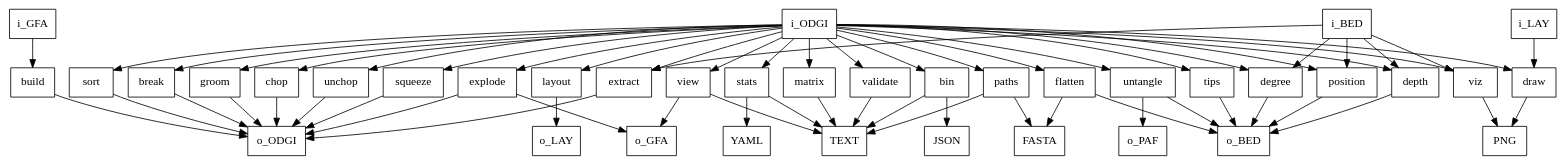
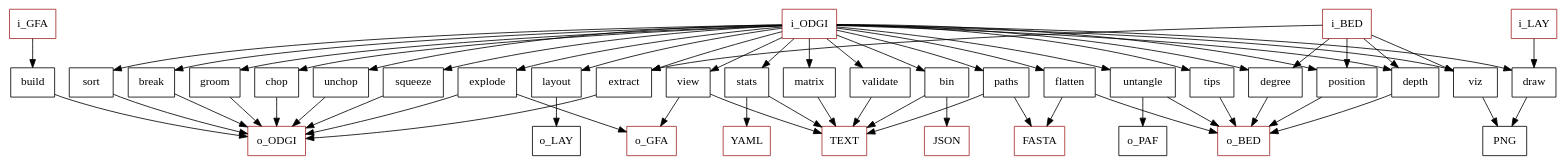
One commit to pangenome/odgi-paper changed the diagram in manuscript/fig/odgi_tools.dot. Above: the diagram before and after it, drawn with Graphviz. The commit also changed 1 other file, not shown here.

```diff
--- a/manuscript/fig/odgi_tools.dot
+++ b/manuscript/fig/odgi_tools.dot
@@ -1,75 +1,87 @@
 digraph sample {
 	node [
 		shape=box
 		color=black
 	]
 /*
 	build [color = red]
 	view [color = red]
 
 	validate [color = green]
 
 	stats [color = blue]
 	bin [color = blue]
 	depth [color = blue]
 	degree [color = blue]
   	matrix [color = blue]
     paths [color = blue]
     flatten [color = blue]
 
     break [color = brown]
 	groom [color = brown]
 	chop [color = brown]
 	unchop [color = brown]
 	explode [color = brown]
 	squeeze [color = brown]
 	extract [color = brown]
 
 	position [color = red]
     untangle [color = red]
 
 	viz [color = cyan]
 	sort [color = cyan]
 	layout [color = cyan]
 	draw [color = cyan]
 */
+	i_GFA [color = brown]
+	i_ODGI [color = brown]
+	i_BED [color = brown]
+	i_LAY [color = brown]
+	o_GFA [color = brown]
+	o_ODGI [color = brown]
+	TEXT [color = brown]
+	YAML [color = brown]
+	FASTA [color = brown]
+	JSON [color = brown]
+	o_BED [color = brown]
+
 	i_GFA -> build
 	//i_GFA -> {view, validate, stats, bin, depth, degree, flatten, break, groom, chop, unchop, explode, squeeze, extract, position, viz, sort, layout, draw, untangle, matrix, paths, tips}
 	i_ODGI -> {view, validate, stats, bin, depth, degree, flatten, break, groom, chop, unchop, explode, squeeze, extract, position, viz, sort, layout, draw, untangle, matrix, paths, tips}
 	i_BED -> {depth, degree, extract, position, viz}
     i_LAY -> {draw}
     //XP -> {server}
 
 	build -> o_ODGI
 	view ->  o_GFA
 	view ->  TEXT
 	validate -> TEXT
 	stats -> TEXT
 	stats -> YAML
     matrix -> TEXT
     paths -> FASTA
     paths -> TEXT
 	bin -> JSON
 	bin -> TEXT
 	depth -> o_BED
 	degree -> o_BED
     flatten -> o_BED
     flatten -> FASTA
 	break -> o_ODGI
 	groom -> o_ODGI
 	chop -> o_ODGI
 	unchop -> o_ODGI
 	explode -> o_ODGI
 	explode -> o_GFA
 	squeeze -> o_ODGI
 	extract -> o_ODGI
 	position -> o_BED
 	viz -> PNG
 	sort -> o_ODGI
 	layout -> o_LAY
 	draw -> PNG
     untangle -> o_BED
     untangle -> o_PAF
     tips -> o_BED
     //server -> TEXT
 }
```
